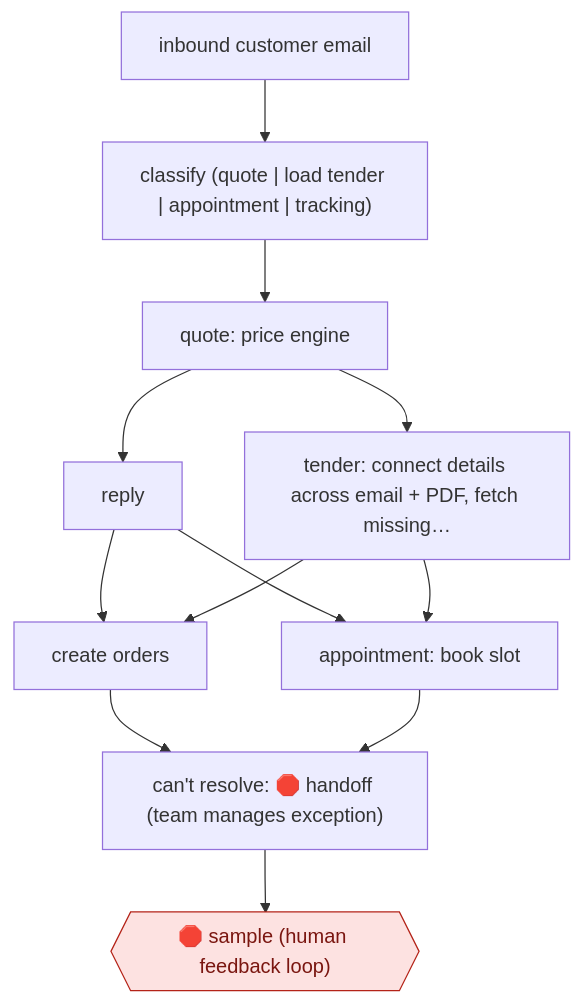
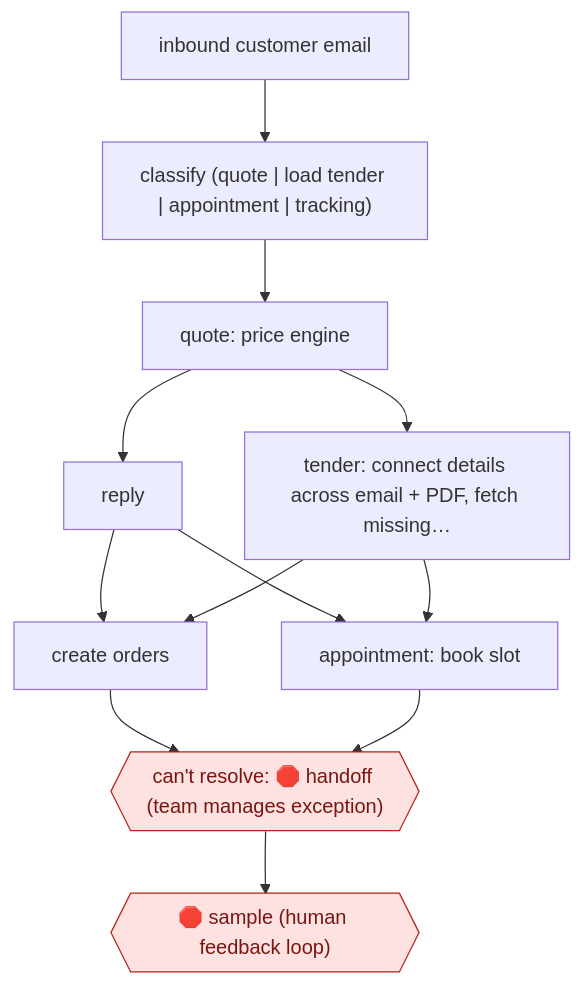
One commit to milesradford99/agent-workflow-atlas changed the diagram in workflows/unplaced/email-to-order-freight-agents/README.md. Above: the diagram before and after it, drawn with Mermaid. The commit also changed 171 other files, not shown here.

````diff
--- a/workflows/unplaced/email-to-order-freight-agents/README.md
+++ b/workflows/unplaced/email-to-order-freight-agents/README.md
@@ -32,24 +32,24 @@
 ```mermaid
 flowchart TD
   n1["inbound customer email"]
   n2["classify (quote | load tender | appointment | tracking)"]
+  n3["quote: price engine"]
+  n4["reply"]
+  n5["tender: connect details across email + PDF, fetch missing…"]
+  n6["create orders"]
+  n7["appointment: book slot"]
+  n8{{"can't resolve: 🛑 handoff (team manages exception)"}}:::stop
+  n9{{"🛑 sample (human feedback loop)"}}:::stop
   n1 --> n2
-  n3["quote: price engine"]
   n2 --> n3
-  n4["reply"]
   n3 --> n4
-  n5["tender: connect details across email + PDF, fetch missing…"]
   n3 --> n5
-  n6["create orders"]
   n4 --> n6
   n5 --> n6
-  n7["appointment: book slot"]
   n4 --> n7
   n5 --> n7
-  n8["can't resolve: 🛑 handoff (team manages exception)"]
   n6 --> n8
   n7 --> n8
-  n9{{"🛑 sample (human feedback loop)"}}:::stop
   n8 --> n9
   classDef stop fill:#fde2e1,stroke:#b42318,color:#7a1610
 ```
````
